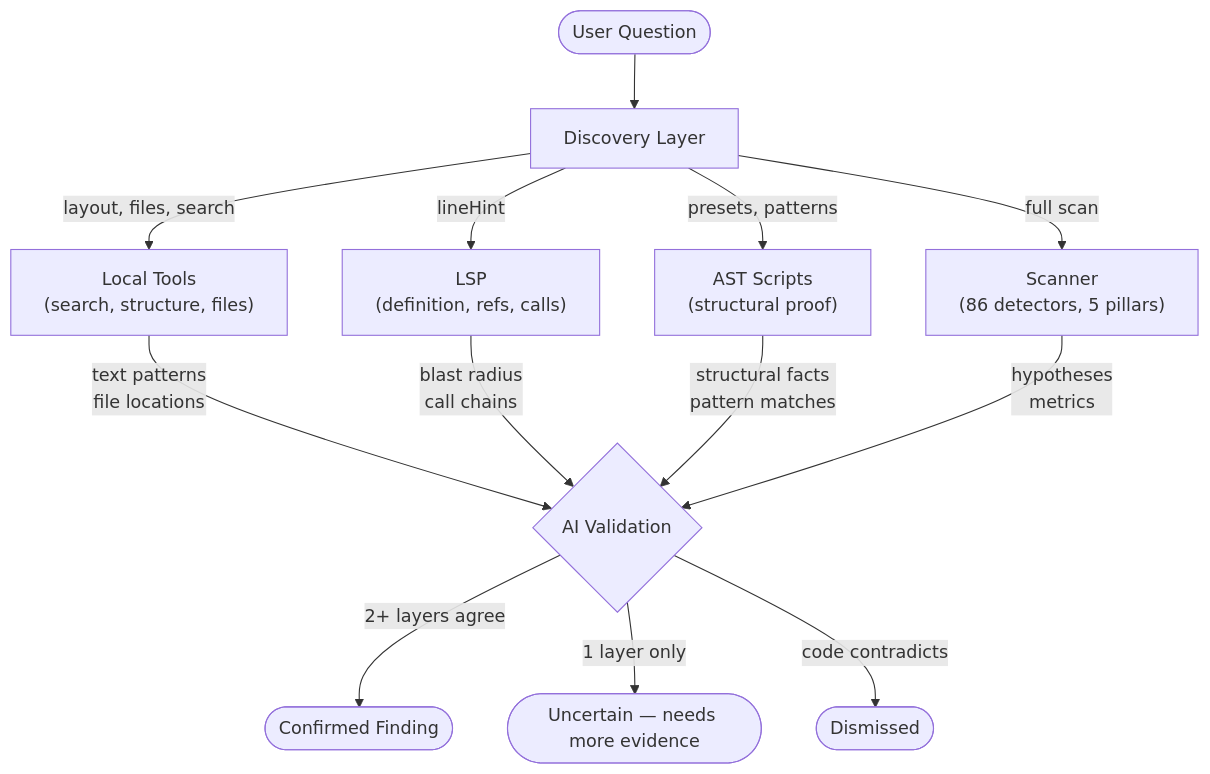
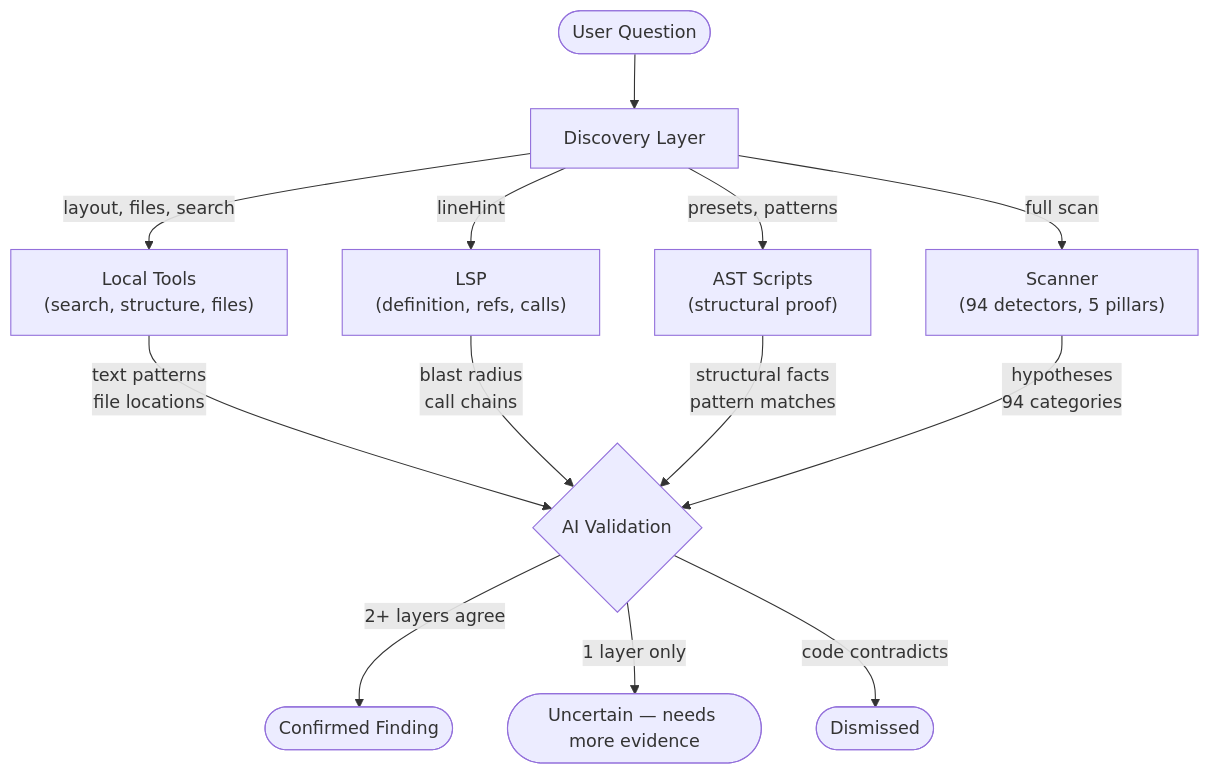
The diagram in skills/octocode-engineer/SKILL.md (bgauryy/octocode-mcp), drawn with Mermaid before and after one commit. The commit also changed other lines of this file and 44 other files, not shown here.

````diff
--- a/skills/octocode-engineer/SKILL.md
+++ b/skills/octocode-engineer/SKILL.md
@@ -16,18 +16,18 @@
 ```mermaid
 flowchart TD
     Q([User Question]) --> D[Discovery Layer]
 
     D -->|"layout, files, search"| Local["Local Tools\n(search, structure, files)"]
     D -->|"lineHint"| LSP["LSP\n(definition, refs, calls)"]
     D -->|"presets, patterns"| AST["AST Scripts\n(structural proof)"]
-    D -->|"full scan"| Scanner["Scanner\n(86 detectors, 5 pillars)"]
+    D -->|"full scan"| Scanner["Scanner\n(94 detectors, 5 pillars)"]
 
     Local -->|text patterns\nfile locations| V{AI Validation}
     LSP -->|blast radius\ncall chains| V
     AST -->|structural facts\npattern matches| V
-    Scanner -->|hypotheses\nmetrics| V
+    Scanner -->|hypotheses\n94 categories| V
 
     V -->|"2+ layers agree"| C([Confirmed Finding])
     V -->|"1 layer only"| U([Uncertain — needs more evidence])
     V -->|"code contradicts"| X([Dismissed])
 ```
````
